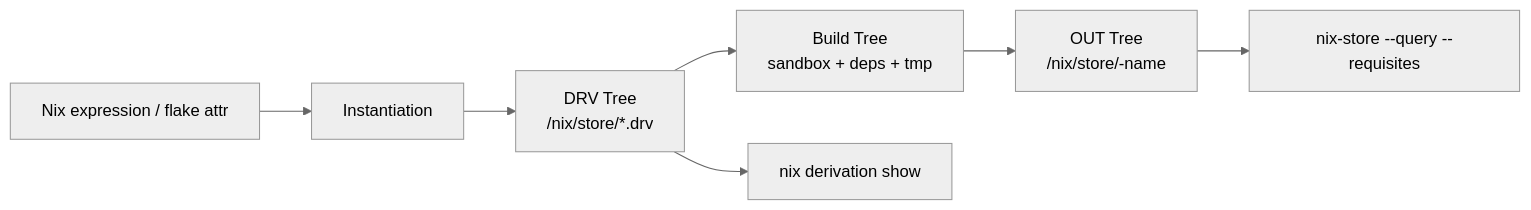
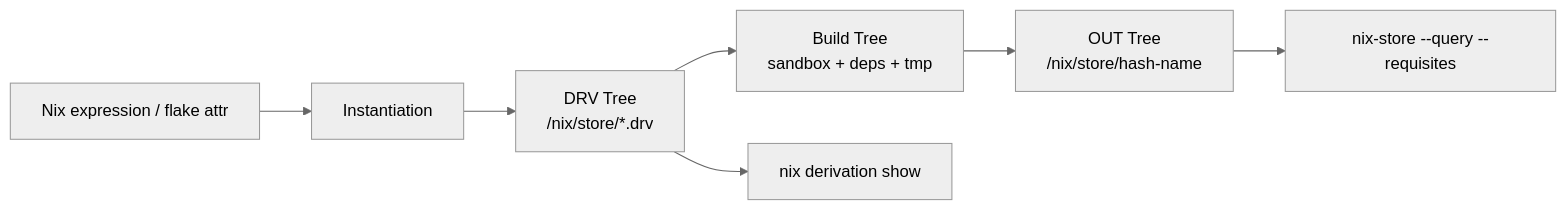
Before and after one commit to johnrichardrinehart/nix-for-embedded-folks: the diagram in slides.md, drawn with Mermaid (neutral theme). The commit also changed other lines of this file and 10 other files, not shown here.

First line of the commit message:
slides: add snippet-backed fetch demos and mermaid compatibility

````diff
--- a/slides.md
+++ b/slides.md
@@ -372,9 +467,9 @@
 ```mermaid
 flowchart LR
   A[Nix expression / flake attr] --> B[Instantiation]
   B --> C[DRV Tree\n/nix/store/*.drv]
   C --> D[Build Tree\nsandbox + deps + tmp]
-  D --> E[OUT Tree\n/nix/store/<hash>-name]
+  D --> E[OUT Tree\n/nix/store/hash-name]
   C --> F[nix derivation show]
   E --> G[nix-store --query --requisites]
 ```
````
